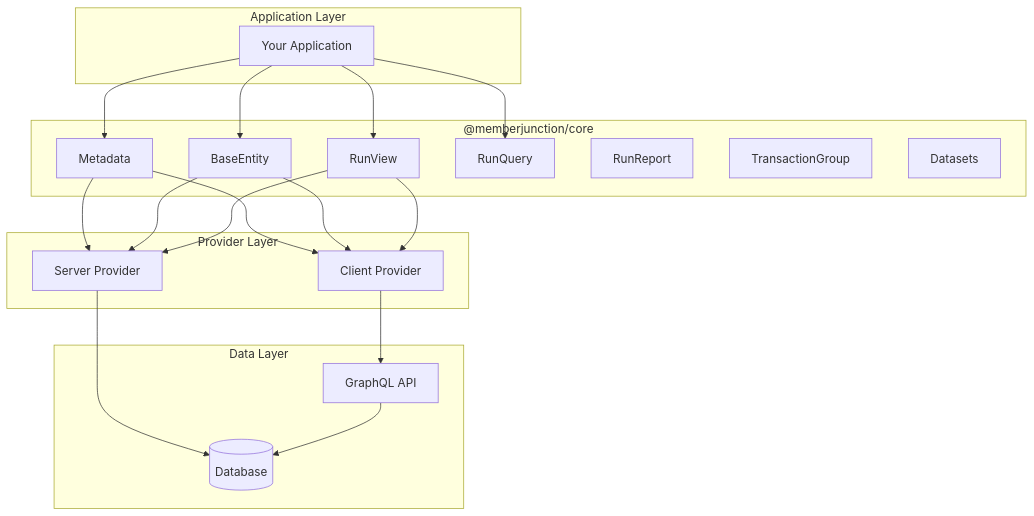
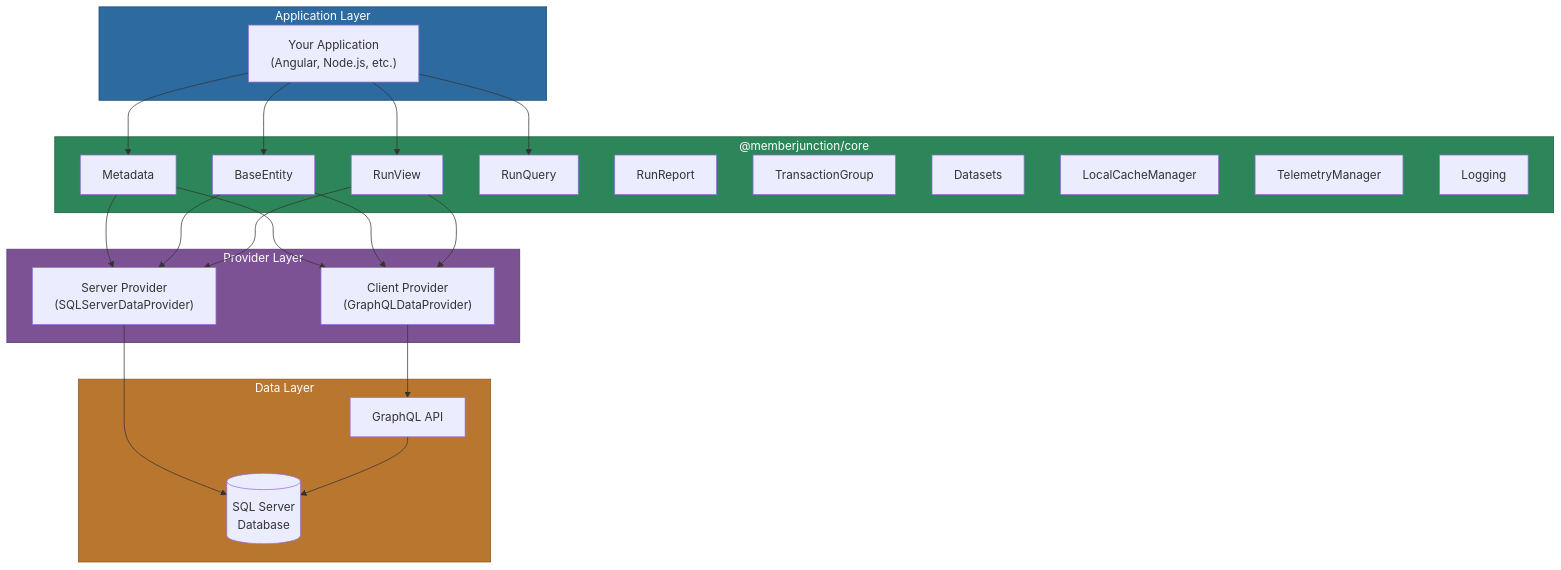
One commit to MemberJunction/MJ changed the first of 5 diagrams in packages/MJCore/readme.md. Above: the diagram before and after it, drawn with Mermaid. The commit also changed other lines of this file and 1 other file, not shown here.

First line of the commit message:
docs: update READMEs for MJCore and GraphQLDataProvider

````diff
--- a/packages/MJCore/readme.md
+++ b/packages/MJCore/readme.md
@@ -25,42 +13,49 @@
 ```mermaid
 flowchart TB
     subgraph Application["Application Layer"]
-        App[Your Application]
+        style Application fill:#2d6a9f,stroke:#1a4971,color:#fff
+        App["Your Application<br/>(Angular, Node.js, etc.)"]
     end
 
     subgraph Core["@memberjunction/core"]
-        MD[Metadata]
-        BE[BaseEntity]
-        RV[RunView]
-        RQ[RunQuery]
-        RR[RunReport]
-        TG[TransactionGroup]
-        DS[Datasets]
+        style Core fill:#2d8659,stroke:#1a5c3a,color:#fff
+        MD["Metadata"]
+        BE["BaseEntity"]
+        RV["RunView"]
+        RQ["RunQuery"]
+        RR["RunReport"]
+        TG["TransactionGroup"]
+        DS["Datasets"]
+        LC["LocalCacheManager"]
+        TM["TelemetryManager"]
+        LOG["Logging"]
     end
 
     subgraph Providers["Provider Layer"]
-        SP[Server Provider]
-        CP[Client Provider]
+        style Providers fill:#7c5295,stroke:#563a6b,color:#fff
+        SP["Server Provider<br/>(SQLServerDataProvider)"]
+        CP["Client Provider<br/>(GraphQLDataProvider)"]
     end
 
     subgraph Data["Data Layer"]
-        DB[(Database)]
-        API[GraphQL API]
+        style Data fill:#b8762f,stroke:#8a5722,color:#fff
+        DB[("SQL Server<br/>Database")]
+        API["GraphQL API"]
     end
 
     App --> MD
     App --> BE
     App --> RV
     App --> RQ
 
     MD --> SP
     MD --> CP
     BE --> SP
     BE --> CP
     RV --> SP
     RV --> CP
 
     SP --> DB
     CP --> API
     API --> DB
 ```
````
